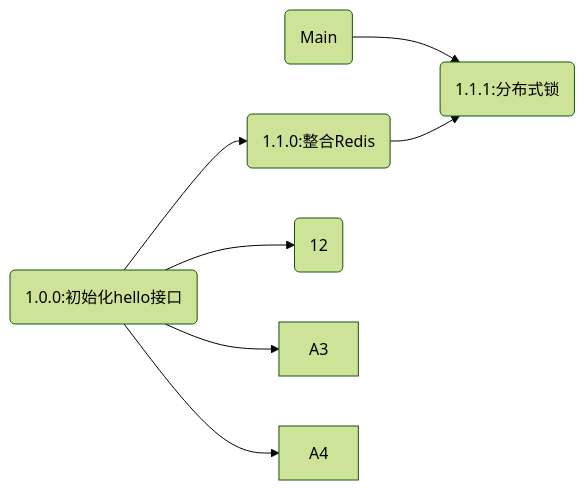
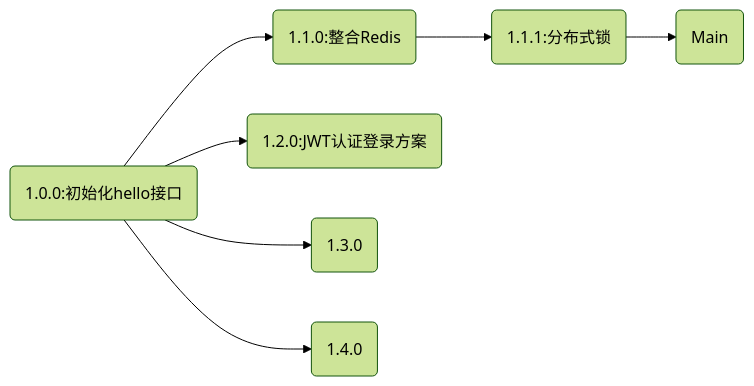
One commit to moyifengxue/simple_functions changed the diagram in README.md. Above: the diagram before and after it, drawn with Mermaid (forest theme).

Commit message:
更新README

````diff
--- a/README.md
+++ b/README.md
@@ -24,9 +24,9 @@
 ```mermaid
 graph LR;
-B(Main)-->A11
+A11-->B(Main)
 A(1.0.0:初始化hello接口)-->A1;
-A(1.0.0:初始化hello接口)-->A2(12);
-A(1.0.0:初始化hello接口)-->A3;
-A(1.0.0:初始化hello接口)-->A4;
+A(1.0.0:初始化hello接口)-->A2(1.2.0:JWT认证登录方案);
+A(1.0.0:初始化hello接口)-->A3(1.3.0);
+A(1.0.0:初始化hello接口)-->A4(1.4.0);
 A1(1.1.0:整合Redis)-->A11(1.1.1:分布式锁);
 ```
````
